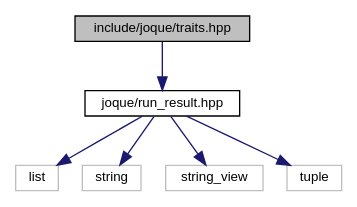
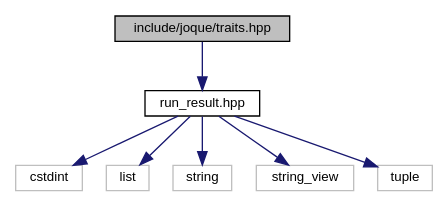
One commit to koniarik/joque changed the diagram in traits_8hpp__incl.dot. Above: the diagram before and after it, drawn with Graphviz. The commit also changed 169 other files, not shown here.

```diff
--- a/traits_8hpp__incl.dot
+++ b/traits_8hpp__incl.dot
@@ -1,17 +1,19 @@
 digraph "include/joque/traits.hpp"
 {
  // LATEX_PDF_SIZE
   edge [fontname="Helvetica",fontsize="10",labelfontname="Helvetica",labelfontsize="10"];
   node [fontname="Helvetica",fontsize="10",shape=record];
   Node1 [label="include/joque/traits.hpp",height=0.2,width=0.4,color="black", fillcolor="grey75", style="filled", fontcolor="black",tooltip=" "];
   Node1 -> Node2 [color="midnightblue",fontsize="10",style="solid",fontname="Helvetica"];
-  Node2 [label="joque/run_result.hpp",height=0.2,width=0.4,color="black", fillcolor="white", style="filled",URL="$run__result_8hpp.html",tooltip=" "];
+  Node2 [label="run_result.hpp",height=0.2,width=0.4,color="black", fillcolor="white", style="filled",URL="$run__result_8hpp.html",tooltip=" "];
   Node2 -> Node3 [color="midnightblue",fontsize="10",style="solid",fontname="Helvetica"];
-  Node3 [label="list",height=0.2,width=0.4,color="grey75", fillcolor="white", style="filled",tooltip=" "];
+  Node3 [label="cstdint",height=0.2,width=0.4,color="grey75", fillcolor="white", style="filled",tooltip=" "];
   Node2 -> Node4 [color="midnightblue",fontsize="10",style="solid",fontname="Helvetica"];
-  Node4 [label="string",height=0.2,width=0.4,color="grey75", fillcolor="white", style="filled",tooltip=" "];
+  Node4 [label="list",height=0.2,width=0.4,color="grey75", fillcolor="white", style="filled",tooltip=" "];
   Node2 -> Node5 [color="midnightblue",fontsize="10",style="solid",fontname="Helvetica"];
-  Node5 [label="string_view",height=0.2,width=0.4,color="grey75", fillcolor="white", style="filled",tooltip=" "];
+  Node5 [label="string",height=0.2,width=0.4,color="grey75", fillcolor="white", style="filled",tooltip=" "];
   Node2 -> Node6 [color="midnightblue",fontsize="10",style="solid",fontname="Helvetica"];
-  Node6 [label="tuple",height=0.2,width=0.4,color="grey75", fillcolor="white", style="filled",tooltip=" "];
+  Node6 [label="string_view",height=0.2,width=0.4,color="grey75", fillcolor="white", style="filled",tooltip=" "];
+  Node2 -> Node7 [color="midnightblue",fontsize="10",style="solid",fontname="Helvetica"];
+  Node7 [label="tuple",height=0.2,width=0.4,color="grey75", fillcolor="white", style="filled",tooltip=" "];
 }
```
